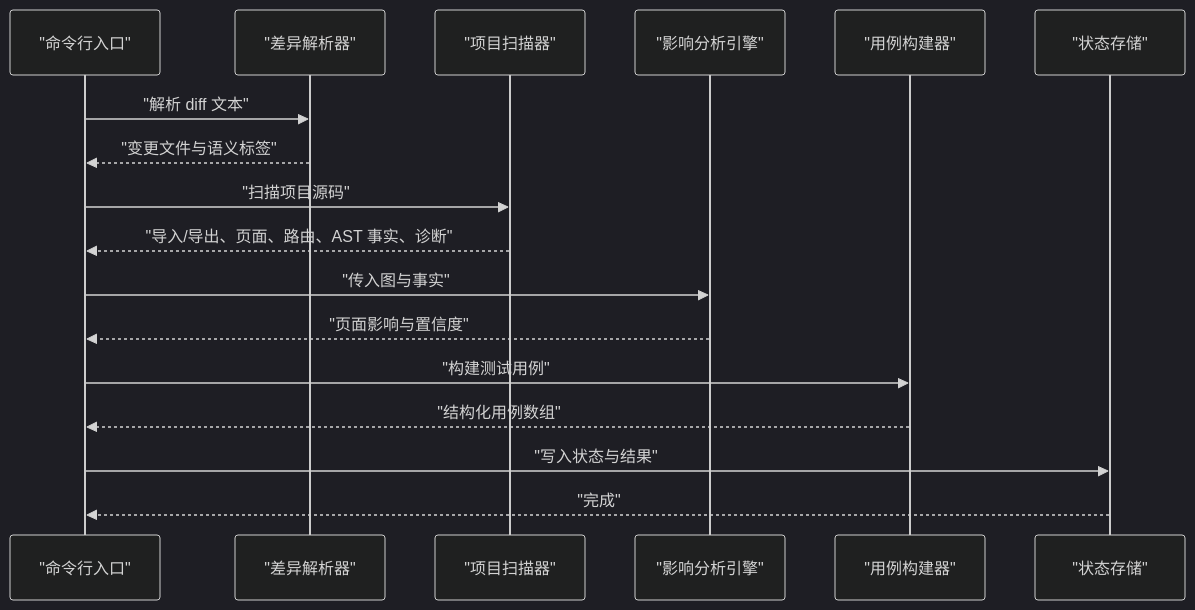
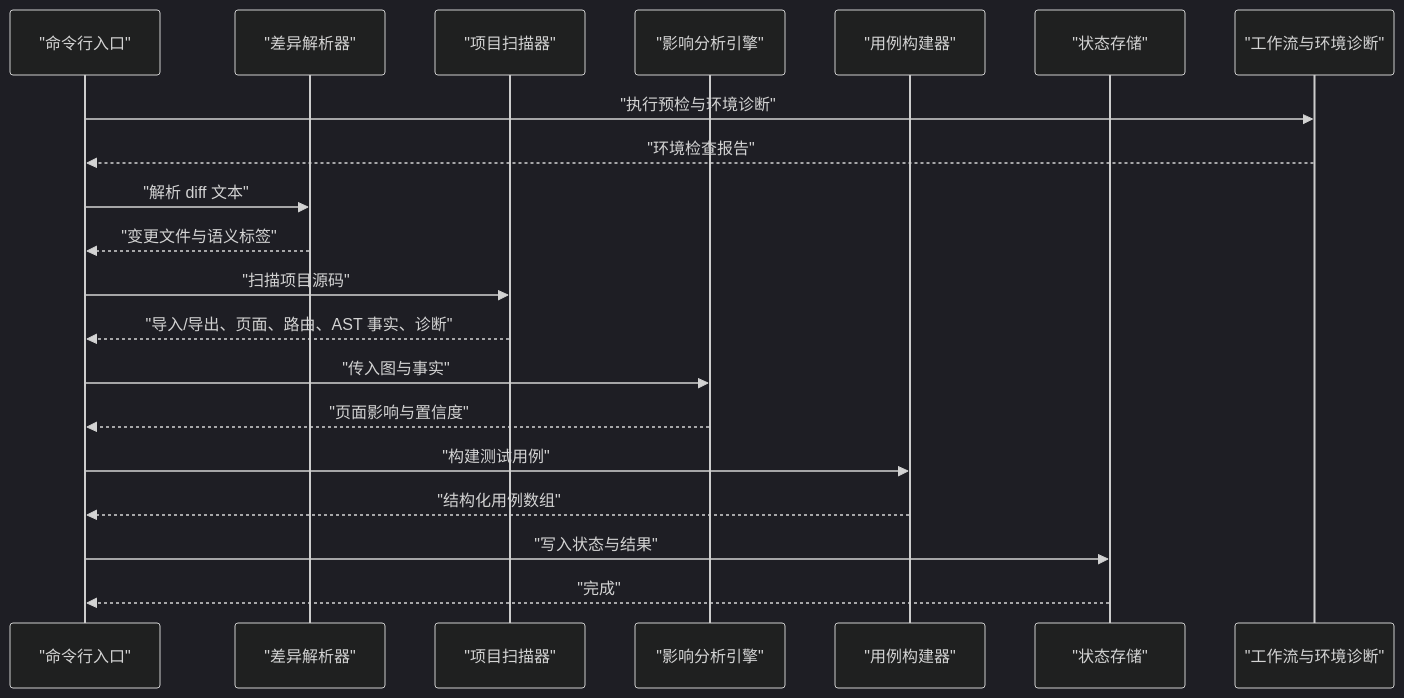
One commit to brand-new-remo/frontend-impact-analyzer changed the second of 9 diagrams in .qoder/repowiki/zh/content/高级用法/高级用法.md. Above: the diagram before and after it, drawn with Mermaid (dark theme). The commit also changed other lines of this file and 8 other files, not shown here.

````diff
--- a/.qoder/repowiki/zh/content/高级用法/高级用法.md
+++ b/.qoder/repowiki/zh/content/高级用法/高级用法.md
@@ -101,19 +108,22 @@
 ```mermaid
 sequenceDiagram
 participant CLI as "命令行入口"
 participant Diff as "差异解析器"
 participant Scan as "项目扫描器"
 participant Eng as "影响分析引擎"
 participant Build as "用例构建器"
 participant Store as "状态存储"
+participant WF as "工作流与环境诊断"
+CLI->>WF : "执行预检与环境诊断"
+WF-->>CLI : "环境检查报告"
 CLI->>Diff : "解析 diff 文本"
 Diff-->>CLI : "变更文件与语义标签"
 CLI->>Scan : "扫描项目源码"
 Scan-->>CLI : "导入/导出、页面、路由、AST 事实、诊断"
 CLI->>Eng : "传入图与事实"
 Eng-->>CLI : "页面影响与置信度"
 CLI->>Build : "构建测试用例"
 Build-->>CLI : "结构化用例数组"
 CLI->>Store : "写入状态与结果"
 Store-->>CLI : "完成"
 ```
````
